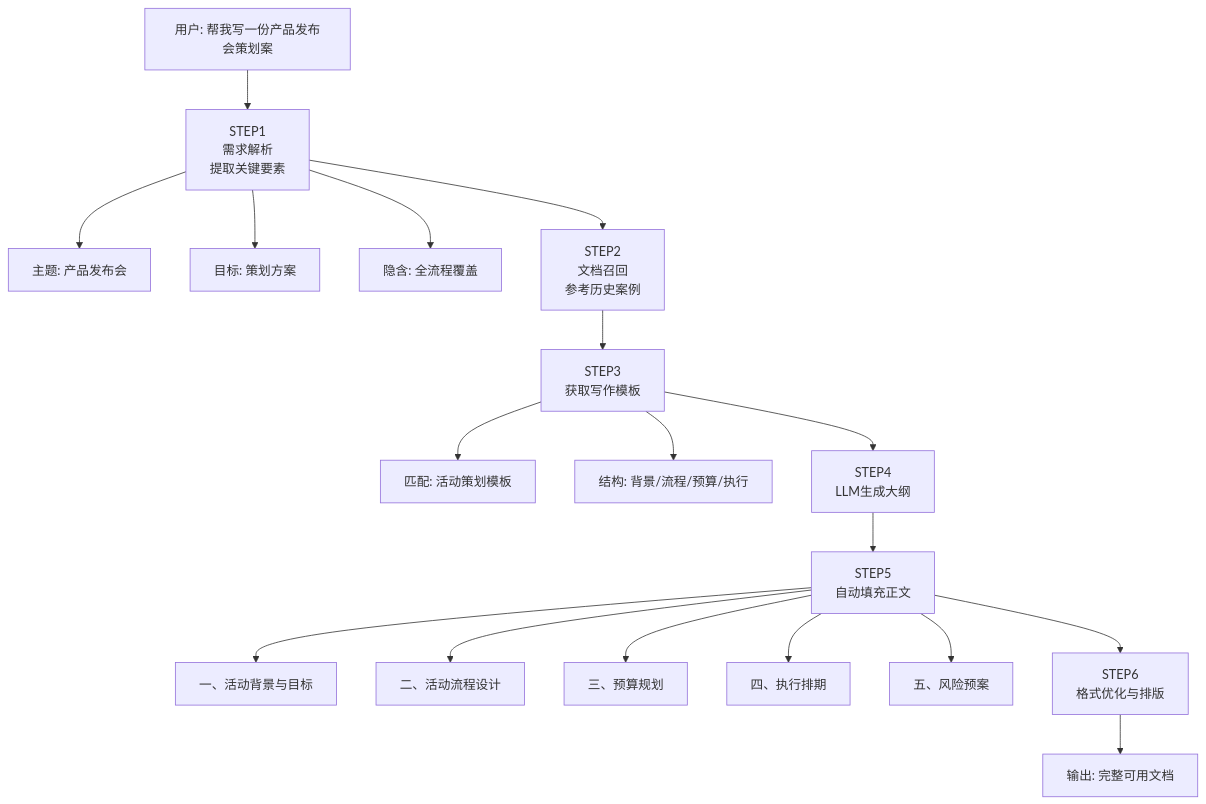
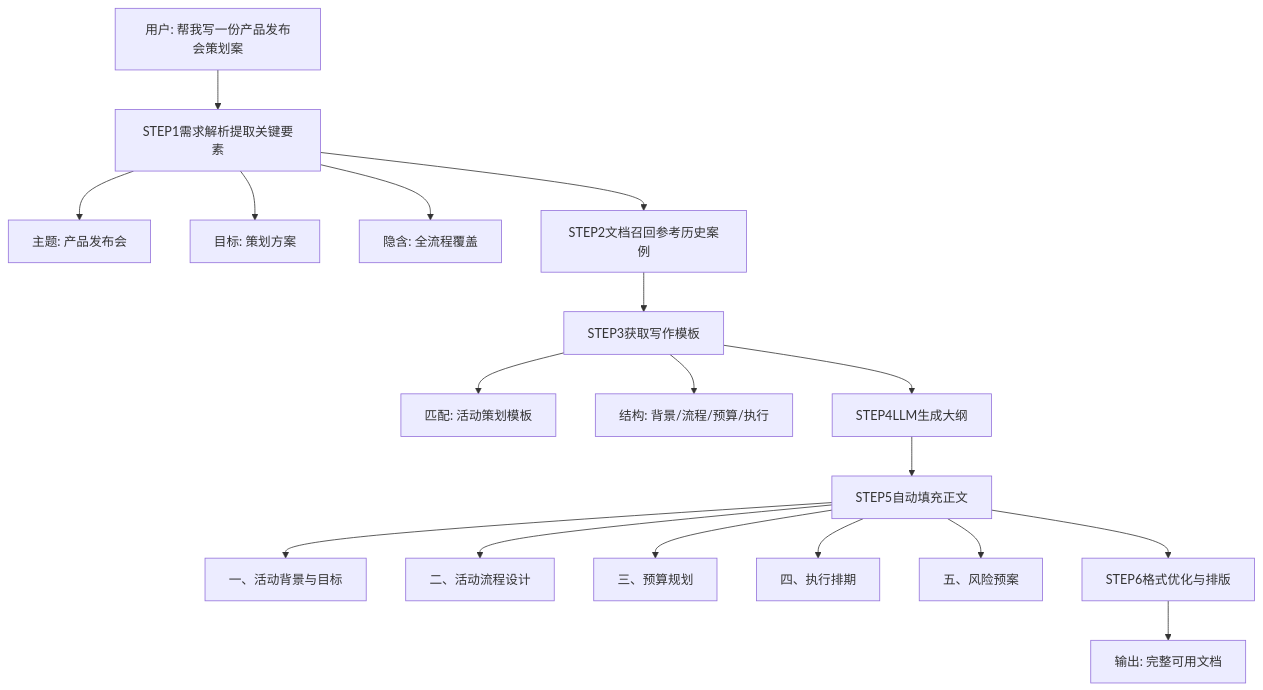
Before and after one commit to kcenter-ai/kcenter_blog: the sixth of 11 diagrams in source/_posts/知识助手技术原理.md, drawn with Mermaid. The commit also changed other lines of this file, not shown here.

First line of the commit message:
Fix: 修复 Mermaid 图表decision node显示问题

````diff
--- a/source/_posts/知识助手技术原理.md
+++ b/source/_posts/知识助手技术原理.md
@@ -202,23 +202,23 @@
 ```mermaid
 flowchart TB
-    A[用户: 帮我写一份产品发布会策划案] --> B[STEP1<br/>需求解析<br/>提取关键要素]
+    A[用户: 帮我写一份产品发布会策划案] --> B[STEP1需求解析提取关键要素]
     B --> B1[主题: 产品发布会]
     B --> B2[目标: 策划方案]
     B --> B3[隐含: 全流程覆盖]
     
-    B --> C[STEP2<br/>文档召回<br/>参考历史案例]
-    C --> D[STEP3<br/>获取写作模板]
+    B --> C[STEP2文档召回参考历史案例]
+    C --> D[STEP3获取写作模板]
     D --> D1[匹配: 活动策划模板]
     D --> D2[结构: 背景/流程/预算/执行]
     
-    D --> E[STEP4<br/>LLM生成大纲]
-    E --> F[STEP5<br/>自动填充正文]
+    D --> E[STEP4LLM生成大纲]
+    E --> F[STEP5自动填充正文]
     F --> F1[一、活动背景与目标]
     F --> F2[二、活动流程设计]
     F --> F3[三、预算规划]
     F --> F4[四、执行排期]
     F --> F5[五、风险预案]
     
-    F --> G[STEP6<br/>格式优化与排版]
+    F --> G[STEP6格式优化与排版]
     G --> H[输出: 完整可用文档]
 ```
````
